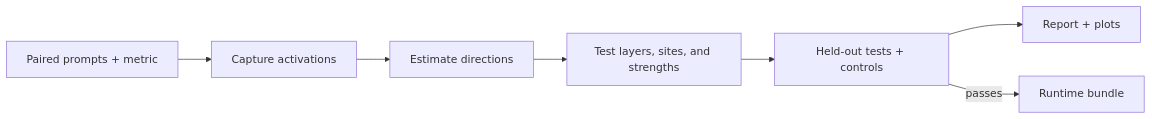
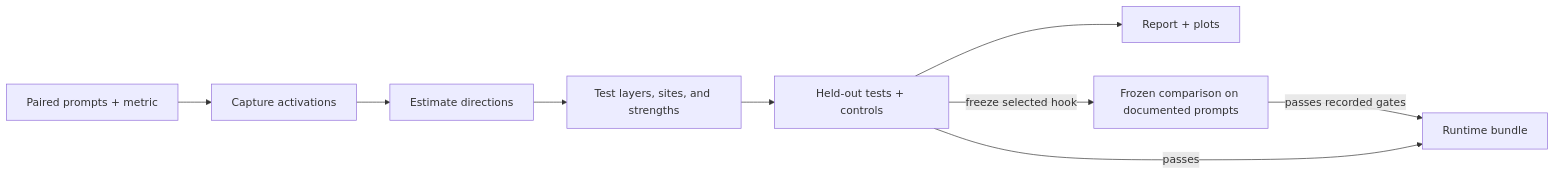
One commit to Bhanunamikaze/Abliteration-Workbench changed the diagram in README.md. Above: the diagram before and after it, drawn with Mermaid. The commit also changed other lines of this file and 9 other files, not shown here.

````diff
--- a/README.md
+++ b/README.md
@@ -25,9 +25,11 @@
 ```mermaid
 flowchart LR
     A["Paired prompts + metric"] --> B["Capture activations"]
     B --> C["Estimate directions"]
     C --> D["Test layers, sites, and strengths"]
     D --> E["Held-out tests + controls"]
     E --> F["Report + plots"]
+    E -->|freeze selected hook| R["Frozen comparison on documented prompts"]
+    R -->|passes recorded gates| G
     E -->|passes| G["Runtime bundle"]
 ```
````
